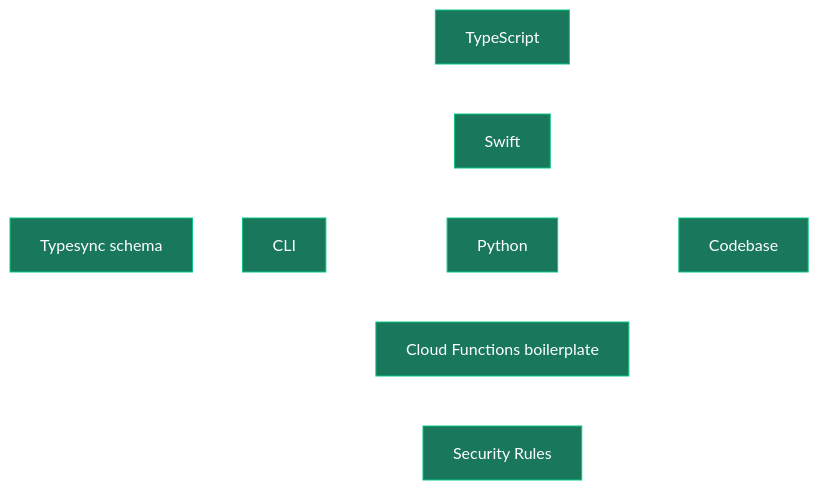
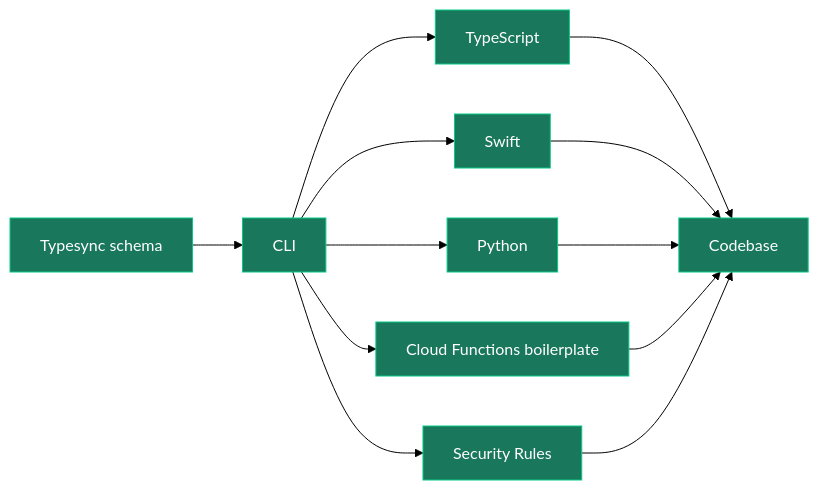
One commit to kafkas/typesync changed the diagram in README.md. Above: the diagram before and after it, drawn with Mermaid. The commit also changed other lines of this file, not shown here.

````diff
--- a/README.md
+++ b/README.md
@@ -5,28 +28,28 @@
 ```mermaid
 %%{
   init: {
     'theme': 'base',
     'themeVariables': {
       'primaryColor': '#19775B',
       'primaryTextColor': '#fff',
       'primaryBorderColor': '#07C983',
-      'lineColor': '#fff',
+      'lineColor': '#000',
       'secondaryColor': '#006100',
       'tertiaryColor': '#fff'
     }
   }
 }%%
 graph LR;
     A[Typesync schema];
     A --> B[CLI];
     B --> C[TypeScript];
     B --> D[Swift];
     B --> E[Python];
     B --> F[Cloud Functions boilerplate];
     B --> G[Security Rules];
     C --> H[Codebase];
     D --> H;
     E --> H;
     F --> H;
     G --> H;
 ```
````
